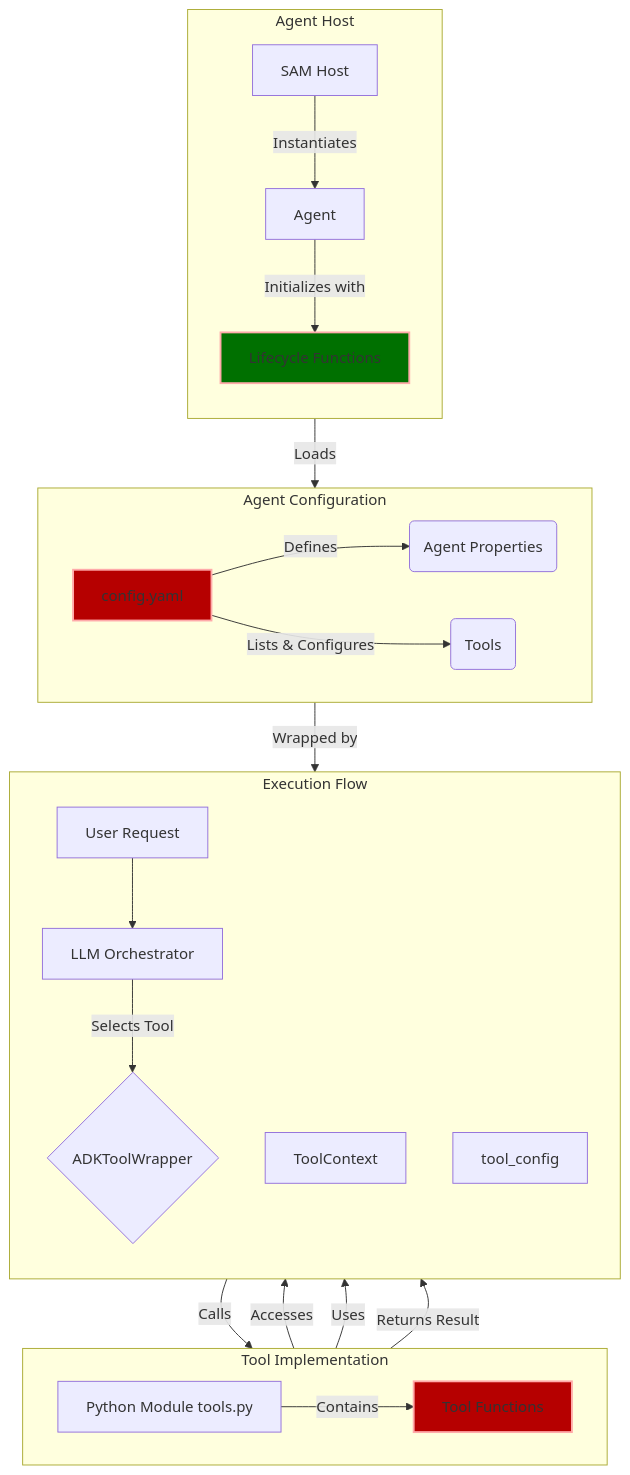
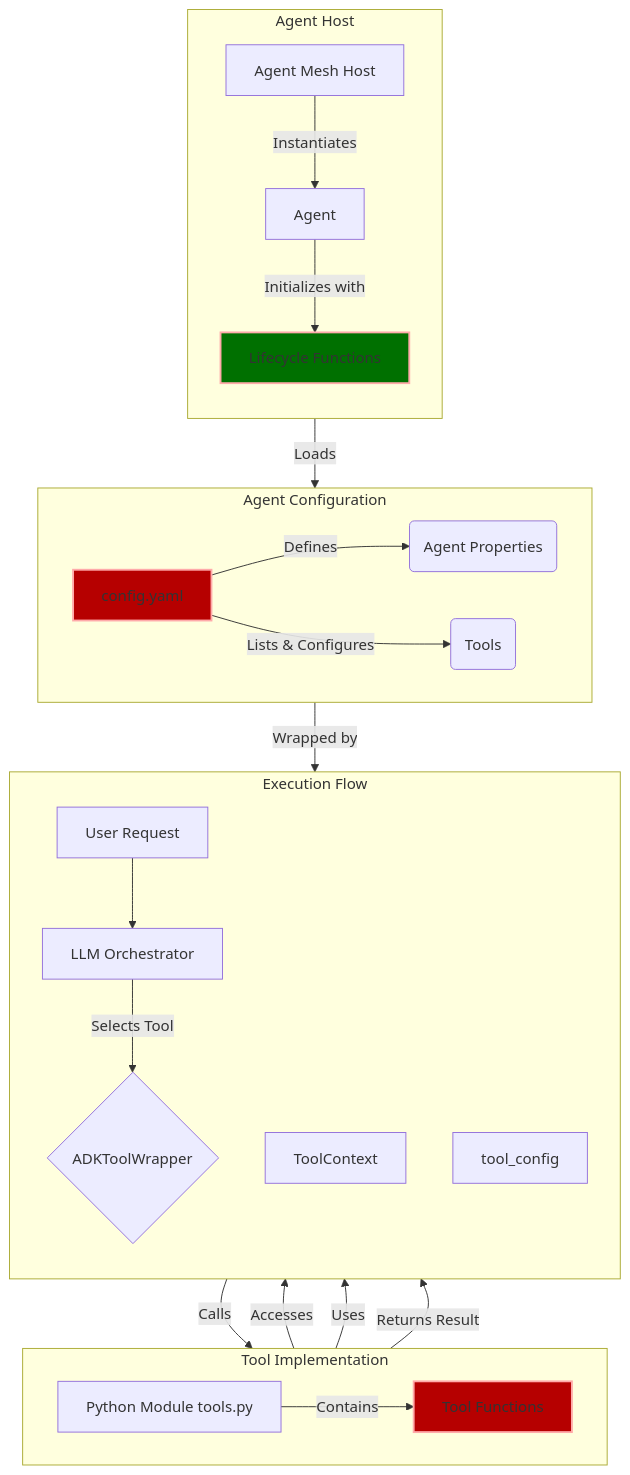
One commit to SolaceLabs/solace-agent-mesh changed the first of 2 diagrams in docs/docs/documentation/developing/create-agents.md. Above: the diagram before and after it, drawn with Mermaid. The commit also changed other lines of this file and 36 other files, not shown here.

````diff
--- a/docs/docs/documentation/developing/create-agents.md
+++ b/docs/docs/documentation/developing/create-agents.md
@@ -21,36 +21,36 @@
 ```mermaid
 graph TD
     subgraph Agent Configuration
         direction LR
         A[config.yaml] -->|Defines| B(Agent Properties);
         A -->|Lists & Configures| C(Tools);
     end
 
     subgraph Agent Host
         direction TB
-        D[SAM Host] -->|Loads| A;
+        D[Agent Mesh Host] -->|Loads| A;
         D -->|Instantiates| E[Agent];
         E -->|Initializes with| F[Lifecycle Functions];
     end
 
     subgraph Tool Implementation
         direction LR
         G[Python Module tools.py] -->|Contains| H[Tool Functions];
     end
 
     subgraph Execution Flow
         direction TB
         I[User Request] --> J[LLM Orchestrator];
         J -->|Selects Tool| K{ADKToolWrapper};
         K -->|Calls| H;
         H -->|Accesses| L[ToolContext];
         H -->|Uses| M[tool_config];
         H -->|Returns Result| J;
     end
 
     C -->|Wrapped by| K;
 
     style A fill:#b60000,stroke:#faa,stroke-width:2px
     style H fill:#b60000,stroke:#faa,stroke-width:2px
     style F fill:#007000,stroke:#faa,stroke-width:2px
 ```
````
